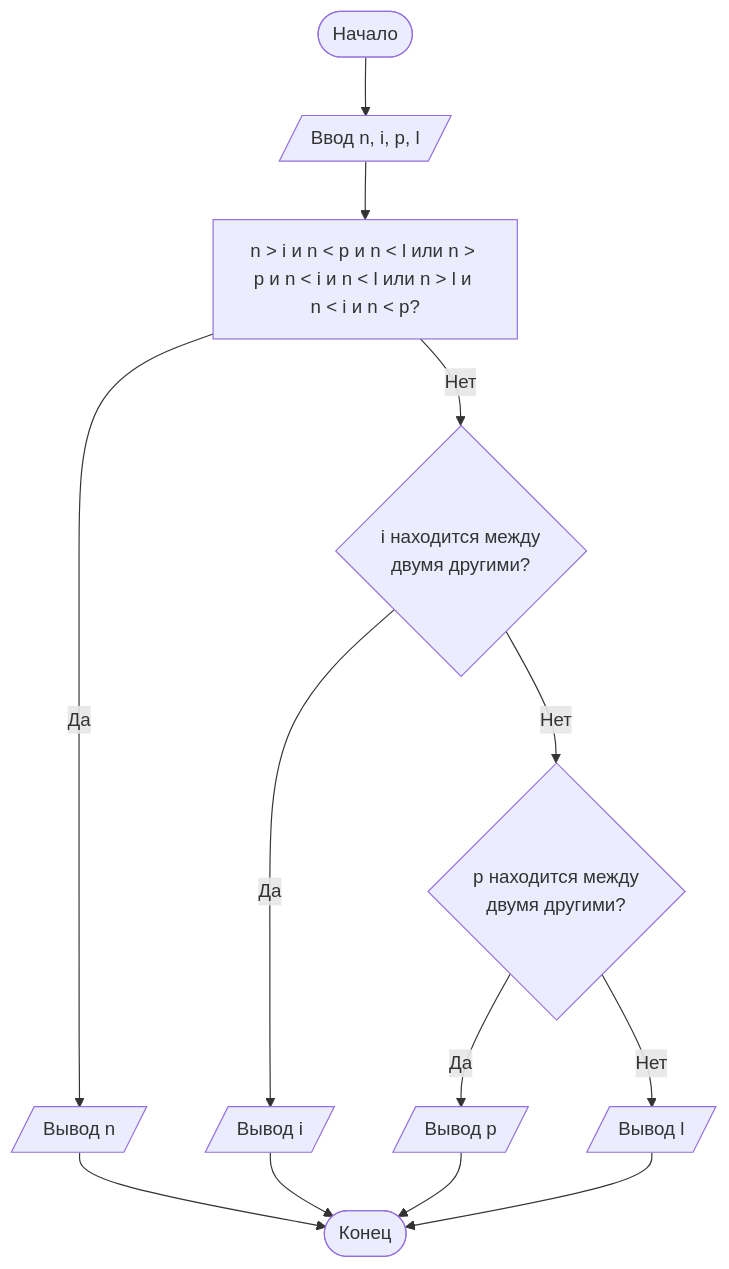
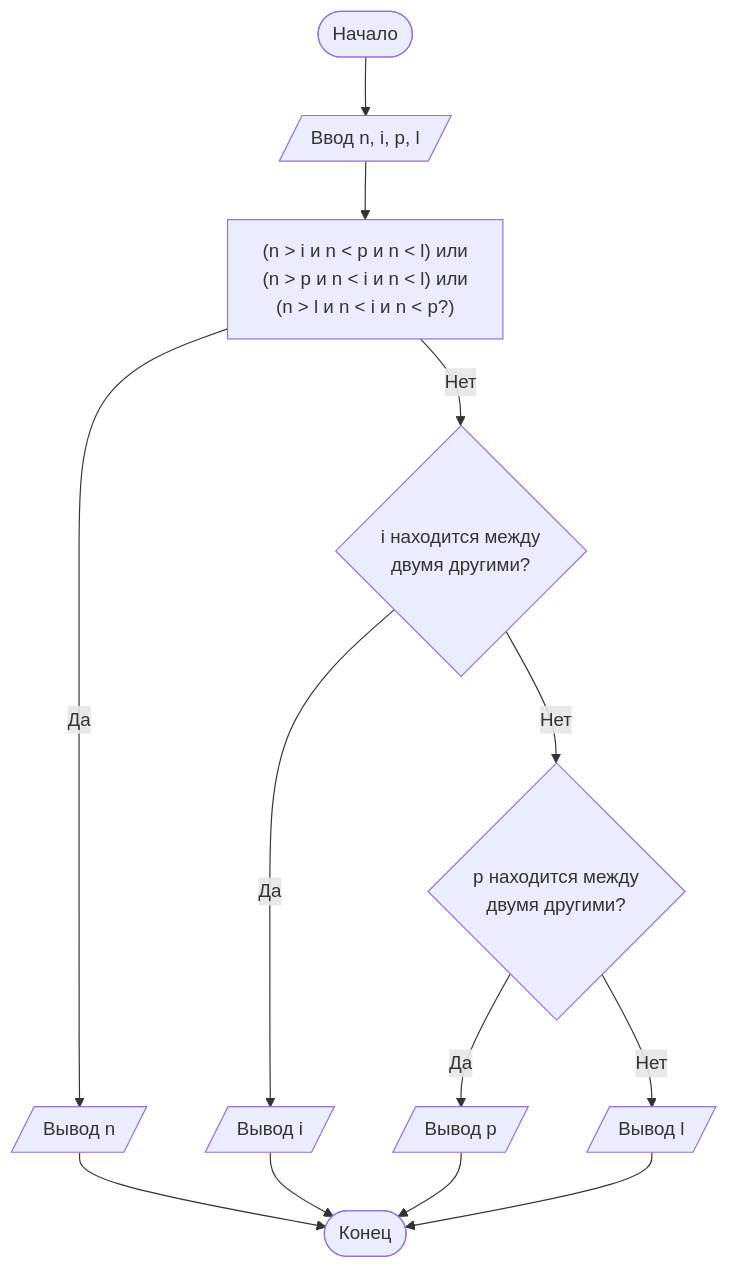
One commit to Fipip28/laboratornaya-rabota-1 changed the diagram in README.md. Above: the diagram before and after it, drawn with Mermaid.

````diff
--- a/README.md
+++ b/README.md
@@ -110,15 +110,15 @@
 ```mermaid
 graph TD
     A([Начало]) --> B[/Ввод n, i, p, l/]
-    B --> C["n > i и n < p и n < l или n > p и n < i и n < l или n > l и n < i и n < p?"]
+    B --> C["(n > i и n < p и n < l) или <br/>(n > p и n < i и n < l) или <br/>(n > l и n < i и n < p?)"]
     C -- Да --> D[/Вывод n/]
     C -- Нет --> E{i находится между<br/>двумя другими?}
     E -- Да --> F[/Вывод i/]
     E -- Нет --> G{p находится между<br/>двумя другими?}
     G -- Да --> H[/Вывод p/]
     G -- Нет --> I[/Вывод l/]
     D --> J([Конец])
     F --> J
     H --> J
     I --> J
 ```
````
